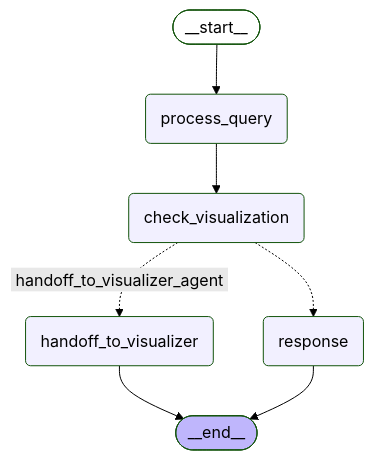
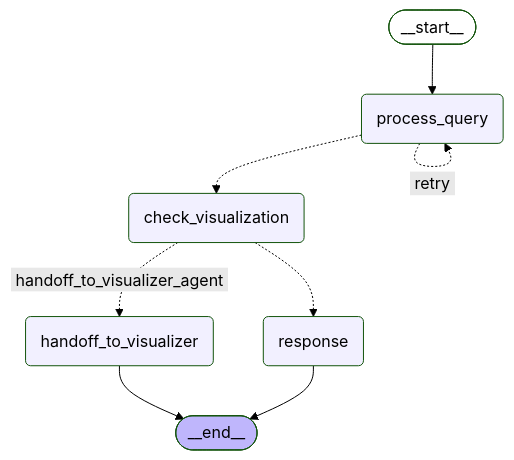
Before and after one commit to factly/gopie: the diagram in chat-server/app/workflow/graph/graph_mermaid/single_dataset_graph.mmd, drawn with Mermaid (forest theme). The commit also changed 4 other files, not shown here.

```diff
--- a/chat-server/app/workflow/graph/graph_mermaid/single_dataset_graph.mmd
+++ b/chat-server/app/workflow/graph/graph_mermaid/single_dataset_graph.mmd
@@ -1,21 +1,22 @@
 ---
 config:
   flowchart:
     curve: basis
 ---
 graph TD;
 	__start__([<p>__start__</p>]):::first
 	process_query(process_query)
 	check_visualization(check_visualization)
 	handoff_to_visualizer(handoff_to_visualizer)
 	response(response)
 	__end__([<p>__end__</p>]):::last
 	__start__ --> process_query;
 	check_visualization -. &nbsp;handoff_to_visualizer_agent&nbsp; .-> handoff_to_visualizer;
 	check_visualization -.-> response;
-	process_query --> check_visualization;
+	process_query -.-> check_visualization;
 	handoff_to_visualizer --> __end__;
 	response --> __end__;
+	process_query -. &nbsp;retry&nbsp; .-> process_query;
 	classDef default fill:#f2f0ff,line-height:1.2
 	classDef first fill-opacity:0
 	classDef last fill:#bfb6fc
```
